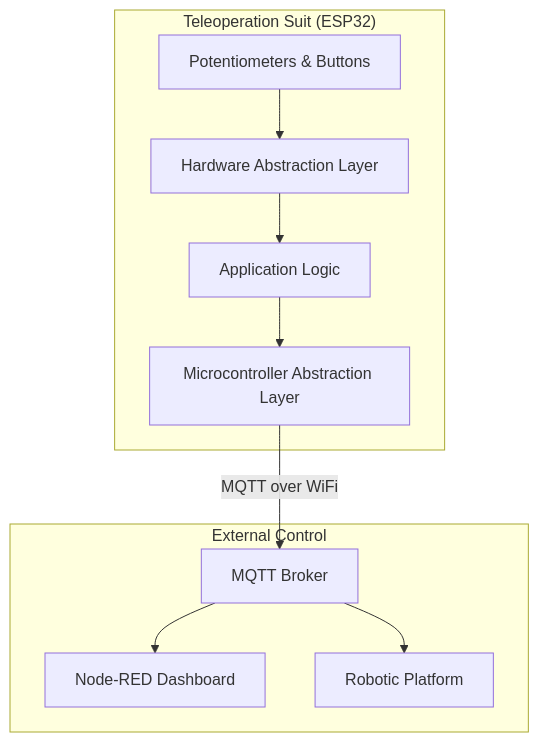
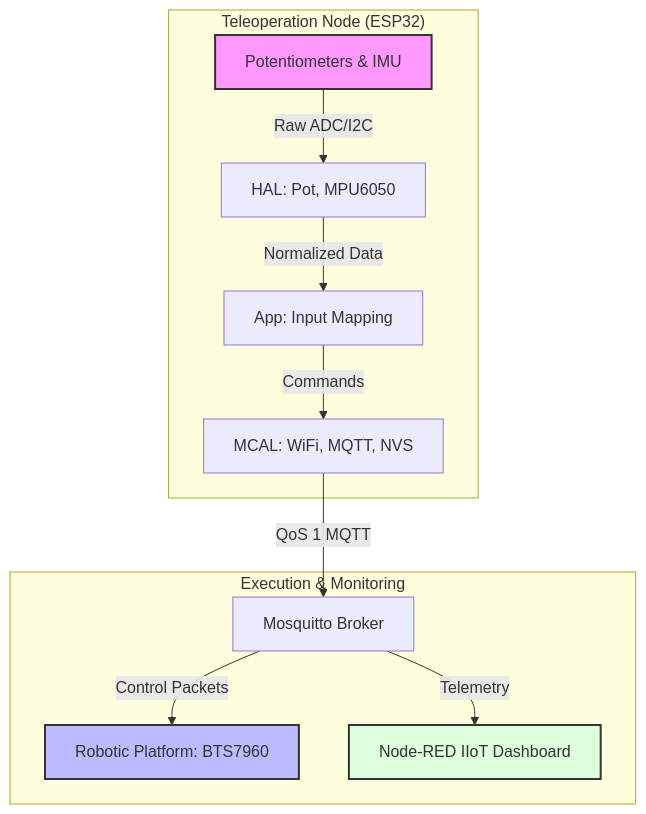
One commit to ziadmohamed0/sarcoos_project changed the diagram in README.md. Above: the diagram before and after it, drawn with Mermaid. The commit also changed other lines of this file and 1 other file, not shown here.

````diff
--- a/README.md
+++ b/README.md
@@ -28,15 +29,19 @@
 ```mermaid
 graph TD
-    subgraph "Teleoperation Suit (ESP32)"
-        Sensors[Potentiometers & Buttons] --> HAL[Hardware Abstraction Layer]
-        HAL --> Logic[Application Logic]
-        Logic --> MCAL[Microcontroller Abstraction Layer]
+    subgraph "Teleoperation Node (ESP32)"
+        Sensors[Potentiometers & IMU] -->|Raw ADC/I2C| HAL[HAL: Pot, MPU6050]
+        HAL -->|Normalized Data| Logic[App: Input Mapping]
+        Logic -->|Commands| MCAL[MCAL: WiFi, MQTT, NVS]
     end
 
-    MCAL --> |MQTT over WiFi| Broker[MQTT Broker]
+    MCAL --> |QoS 1 MQTT| Broker[Mosquitto Broker]
     
-    subgraph "External Control"
-        Broker --> NodeRED[Node-RED Dashboard]
-        Broker --> Robot[Robotic Platform]
+    subgraph "Execution & Monitoring"
+        Broker -->|Control Packets| Robot[Robotic Platform: BTS7960]
+        Broker -->|Telemetry| NodeRED[Node-RED IIoT Dashboard]
     end
+
+    style Sensors fill:#f9f,stroke:#333,stroke-width:2px
+    style Robot fill:#bbf,stroke:#333,stroke-width:2px
+    style NodeRED fill:#dfd,stroke:#333,stroke-width:2px
 ```
````
